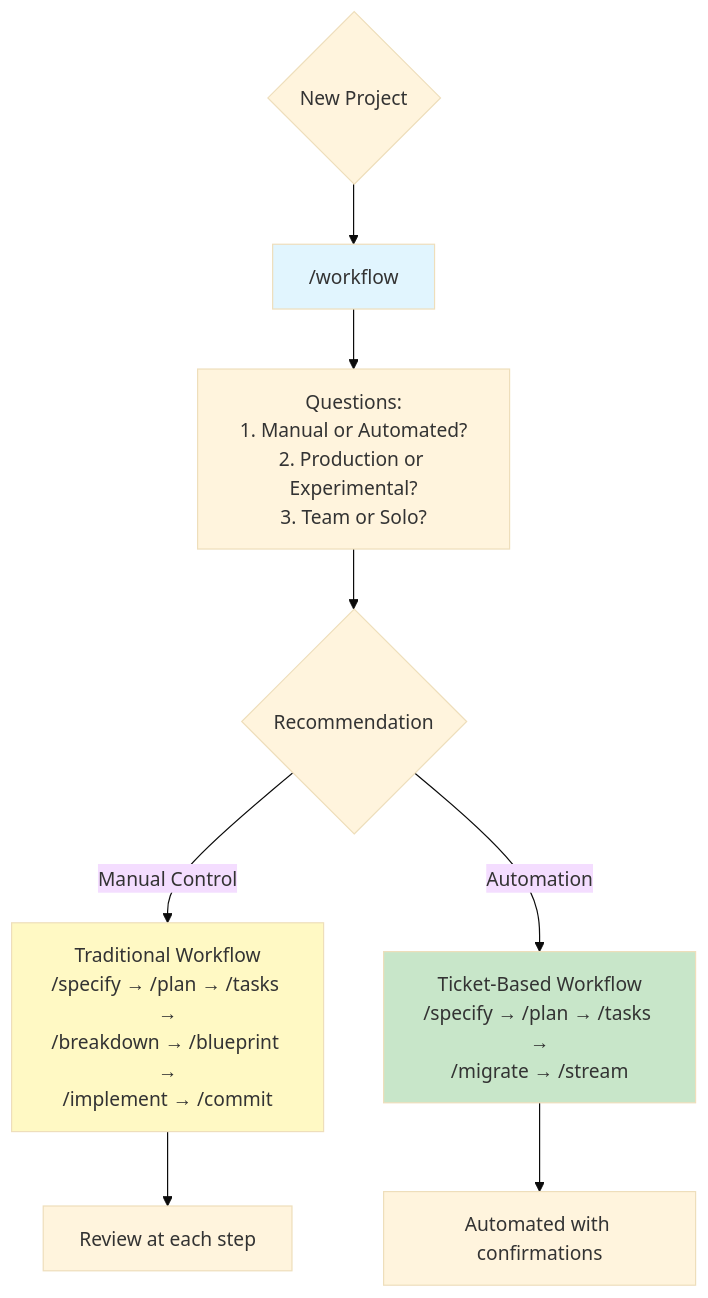
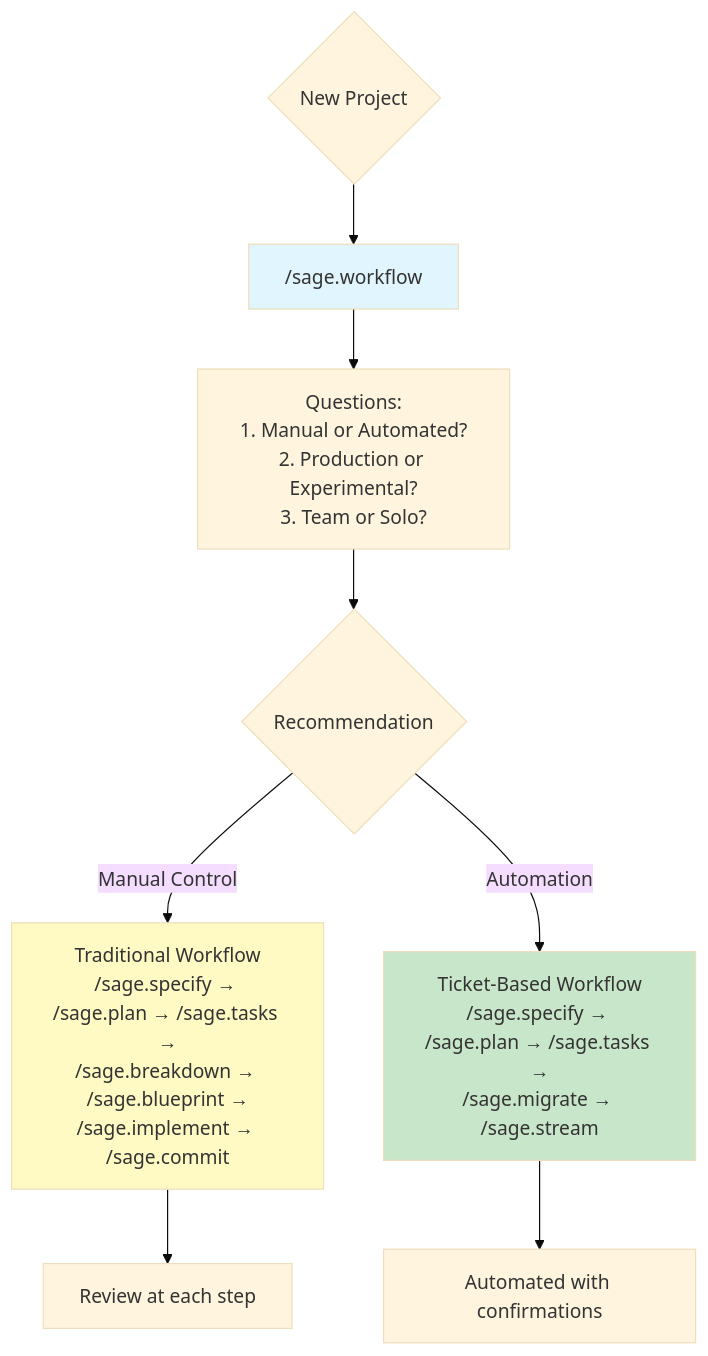
One commit to Mathews-Tom/sage-dev changed the second of 3 diagrams in commands/WORKFLOW_GUIDE.md. Above: the diagram before and after it, drawn with Mermaid (base theme). The commit also changed other lines of this file, not shown here.

First line of the commit message:
docs(workflow): update command references to use sage.* naming convention

````diff
--- a/commands/WORKFLOW_GUIDE.md
+++ b/commands/WORKFLOW_GUIDE.md
@@ -89,16 +89,16 @@
 ```mermaid
 graph TD
-    Start{New Project} --> Selector["/workflow"]
+    Start{New Project} --> Selector["/sage.workflow"]
     Selector --> Questions["Questions:<br/>1. Manual or Automated?<br/>2. Production or Experimental?<br/>3. Team or Solo?"]
     Questions --> Decision{Recommendation}
 
-    Decision -->|Manual Control| Traditional["Traditional Workflow<br/>/specify → /plan → /tasks →<br/>/breakdown → /blueprint →<br/>/implement → /commit"]
-    Decision -->|Automation| Ticket["Ticket-Based Workflow<br/>/specify → /plan → /tasks →<br/>/migrate → /stream"]
+    Decision -->|Manual Control| Traditional["Traditional Workflow<br/>/sage.specify → /sage.plan → /sage.tasks →<br/>/sage.breakdown → /sage.blueprint →<br/>/sage.implement → /sage.commit"]
+    Decision -->|Automation| Ticket["Ticket-Based Workflow<br/>/sage.specify → /sage.plan → /sage.tasks →<br/>/sage.migrate → /sage.stream"]
 
     Traditional --> Review["Review at each step"]
     Ticket --> Automated["Automated with confirmations"]
 
     style Selector fill:#e1f5fe
     style Traditional fill:#fff9c4
     style Ticket fill:#c8e6c9
 ```
````
